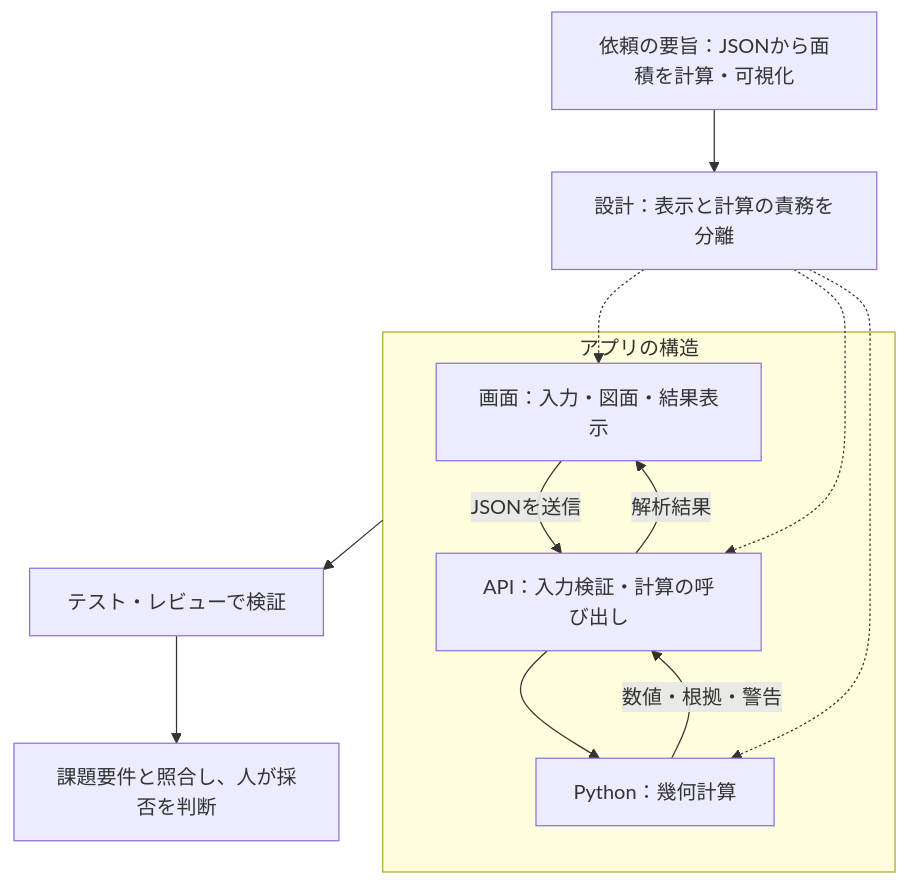
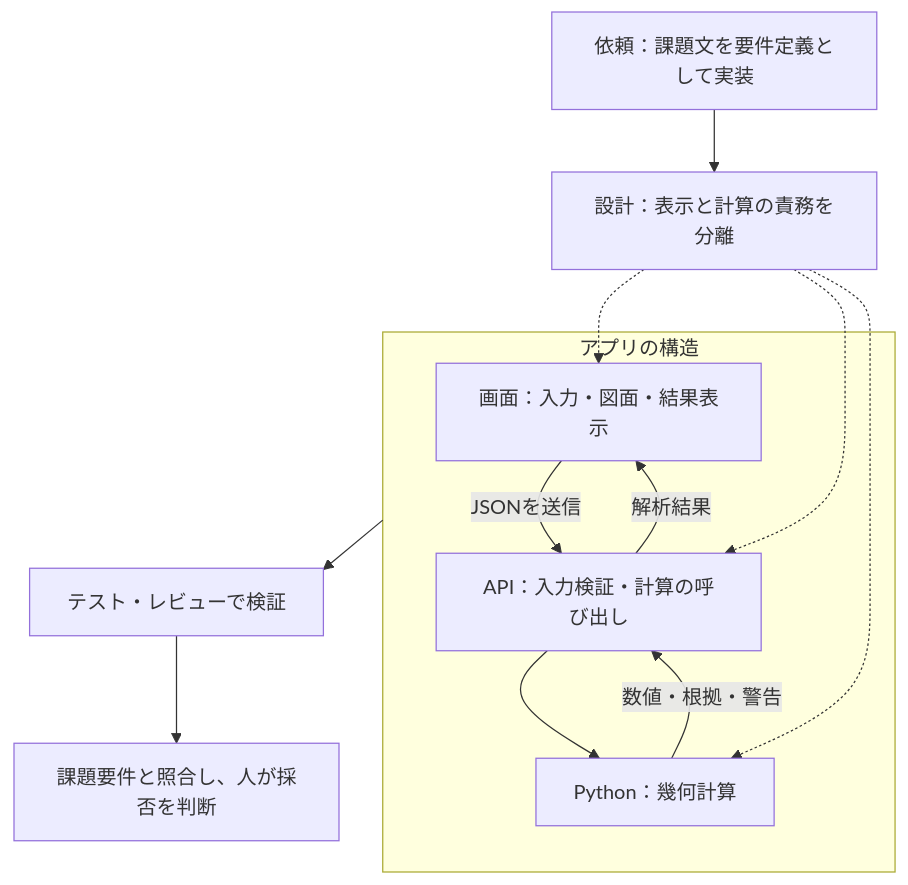
Before and after one commit to Kimurist2024/KKG-kadai: the diagram in README.md, drawn with Mermaid. The commit also changed other lines of this file, not shown here.

````diff
--- a/README.md
+++ b/README.md
@@ -164,15 +166,15 @@
 ```mermaid
 flowchart TD
-    P["依頼の要旨：JSONから面積を計算・可視化"] --> D["設計：表示と計算の責務を分離"]
+    P["依頼：課題文を要件定義として実装"] --> D["設計：表示と計算の責務を分離"]
     subgraph APP["アプリの構造"]
         U["画面：入力・図面・結果表示"] -->|"JSONを送信"| A["API：入力検証・計算の呼び出し"]
         A --> G["Python：幾何計算"]
         G -->|"数値・根拠・警告"| A
         A -->|"解析結果"| U
     end
     D -.-> U
     D -.-> A
     D -.-> G
     APP --> V["テスト・レビューで検証"]
     V --> H["課題要件と照合し、人が採否を判断"]
 ```
````
